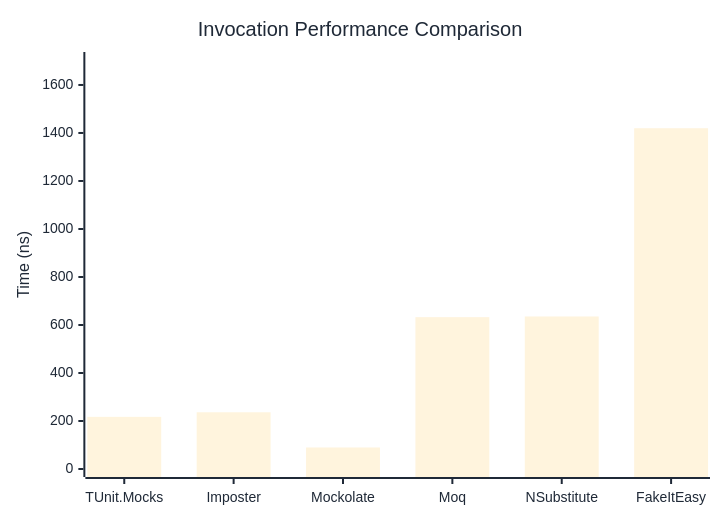
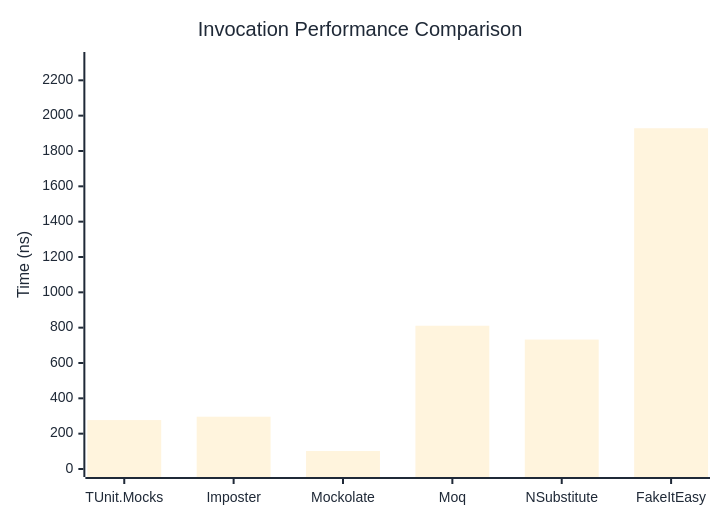
One commit to thomhurst/TUnit changed the first of 3 diagrams in docs/docs/benchmarks/mocks/Invocation.md. Above: the diagram before and after it, drawn with Mermaid. The commit also changed other lines of this file and 14 other files, not shown here.

````diff
--- a/docs/docs/benchmarks/mocks/Invocation.md
+++ b/docs/docs/benchmarks/mocks/Invocation.md
@@ -30,27 +30,27 @@
 ```mermaid
 %%{init: {
   'theme':'base',
   'themeVariables': {
     'primaryColor': '#2563eb',
     'primaryTextColor': '#1f2937',
     'primaryBorderColor': '#1e40af',
     'lineColor': '#6b7280',
     'secondaryColor': '#7c3aed',
     'tertiaryColor': '#dc2626',
     'background': '#ffffff',
     'pie1': '#2563eb',
     'pie2': '#7c3aed',
     'pie3': '#dc2626',
     'pie4': '#f59e0b',
     'pie5': '#10b981',
     'pie6': '#06b6d4',
     'pie7': '#ec4899',
     'pie8': '#6366f1'
   }
 }}%%
 xychart-beta
   title "Invocation Performance Comparison"
   x-axis ["TUnit.Mocks", "Imposter", "Mockolate", "Moq", "NSubstitute", "FakeItEasy"]
-  y-axis "Time (ns)" 0 --> 1704
-  bar [217.29, 236.31, 89.66, 632.6, 635.44, 1419.74]
+  y-axis "Time (ns)" 0 --> 2315
+  bar [276.88, 296.02, 102.02, 810.93, 732.7, 1928.71]
 ```
````
